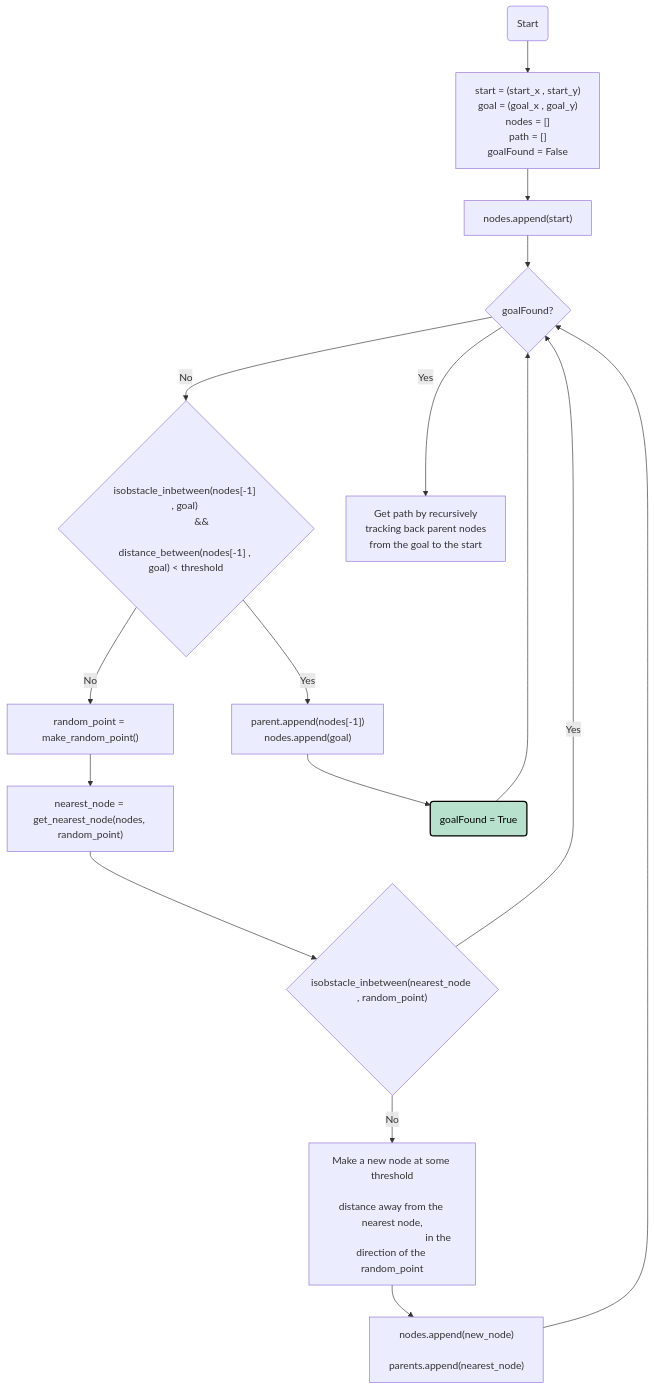
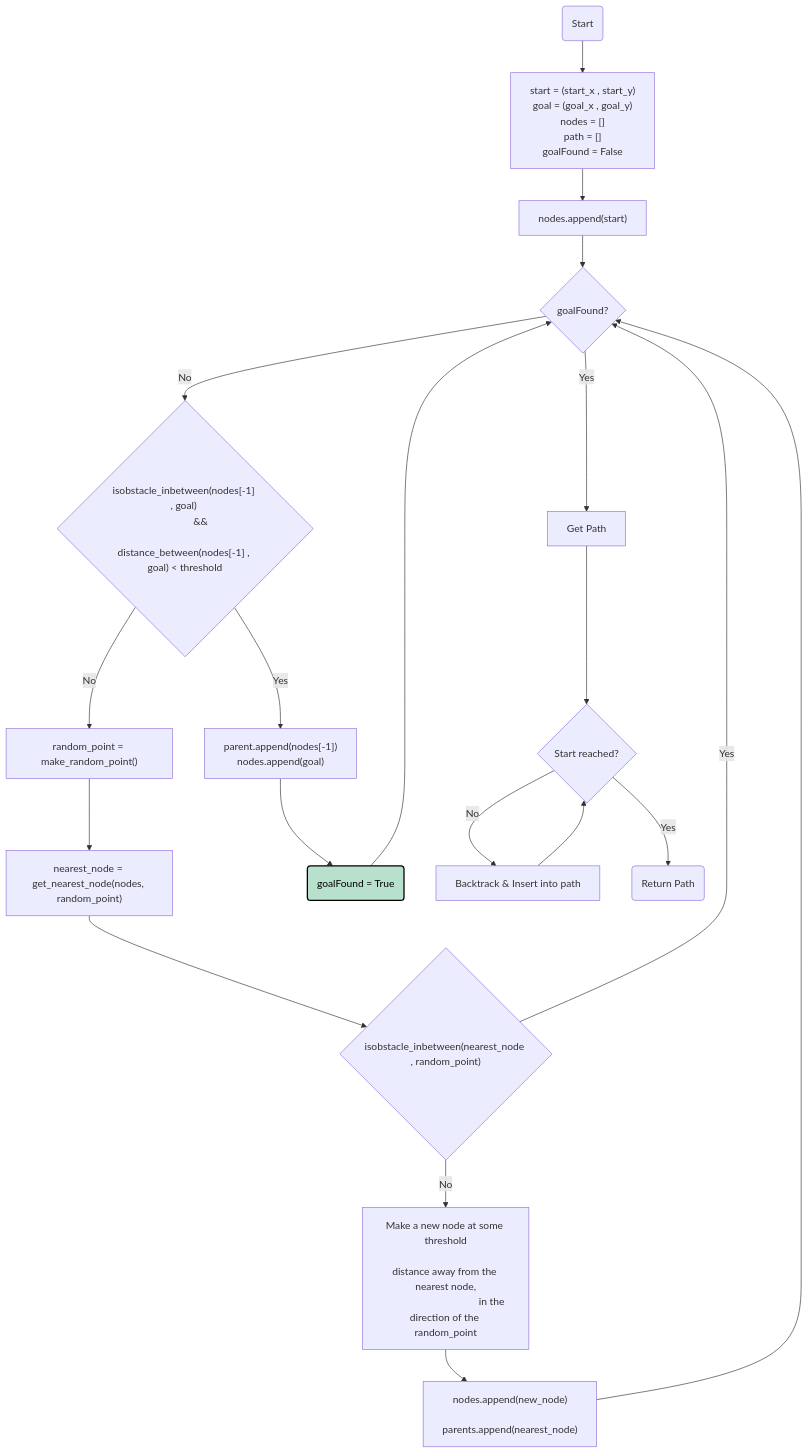
One commit to imalhotra15/RRT changed the diagram in README.md. Above: the diagram before and after it, drawn with Mermaid.

````diff
--- a/README.md
+++ b/README.md
@@ -49,35 +49,38 @@
 ```mermaid
 flowchart TD;
     Start(Start) --> Init["start = (start_x , start_y)
                 goal = (goal_x , goal_y)
                 nodes = []
                 path = []
                 goalFound = False"];
     Init --> C["nodes.append(start)"] ;
     C --> loop_start{goalFound?}
     loop_start --No --> First_check{"isobstacle_inbetween(nodes[-1] , goal) 
             &&
             distance_between(nodes[-1] , goal) < threshold"} ;
     First_check -- No --> random_point["random_point = make_random_point()"]
     random_point --> nearest_node["nearest_node = get_nearest_node(nodes, random_point)"]
     nearest_node --> Second_check{"isobstacle_inbetween(nearest_node , random_point)"} ;
     Second_check -- No --> add_node["Make a new node at some threshold
                                     distance away from the nearest node,
                                     in the direction of the random_point"] ;
     add_node --> update["nodes.append(new_node)
                         parents.append(nearest_node)"]
     update --> loop_start
     Second_check -- Yes --> loop_start
     First_check -- Yes -->  update2["parent.append(nodes[-1])
                                     nodes.append(goal)"]
     update2 --> goal("goalFound = True")
     goal --> loop_start
-    loop_start -- Yes --> path["Get path by recursively
-                                tracking back parent nodes
-                                from the goal to the start"]
+    loop_start -- Yes --> path["Get Path"]
+
+    path --> J{Start reached?}
+    J -- No --> K[Backtrack & Insert into path]
+    K --> J
+    J -- Yes --> L(Return Path)
 
 style goal fill:#b7e1cd,stroke:#333,stroke-width:2px;
 style goal stroke:#000,stroke-width:2px,color:#000;
 
 
 ```
````
